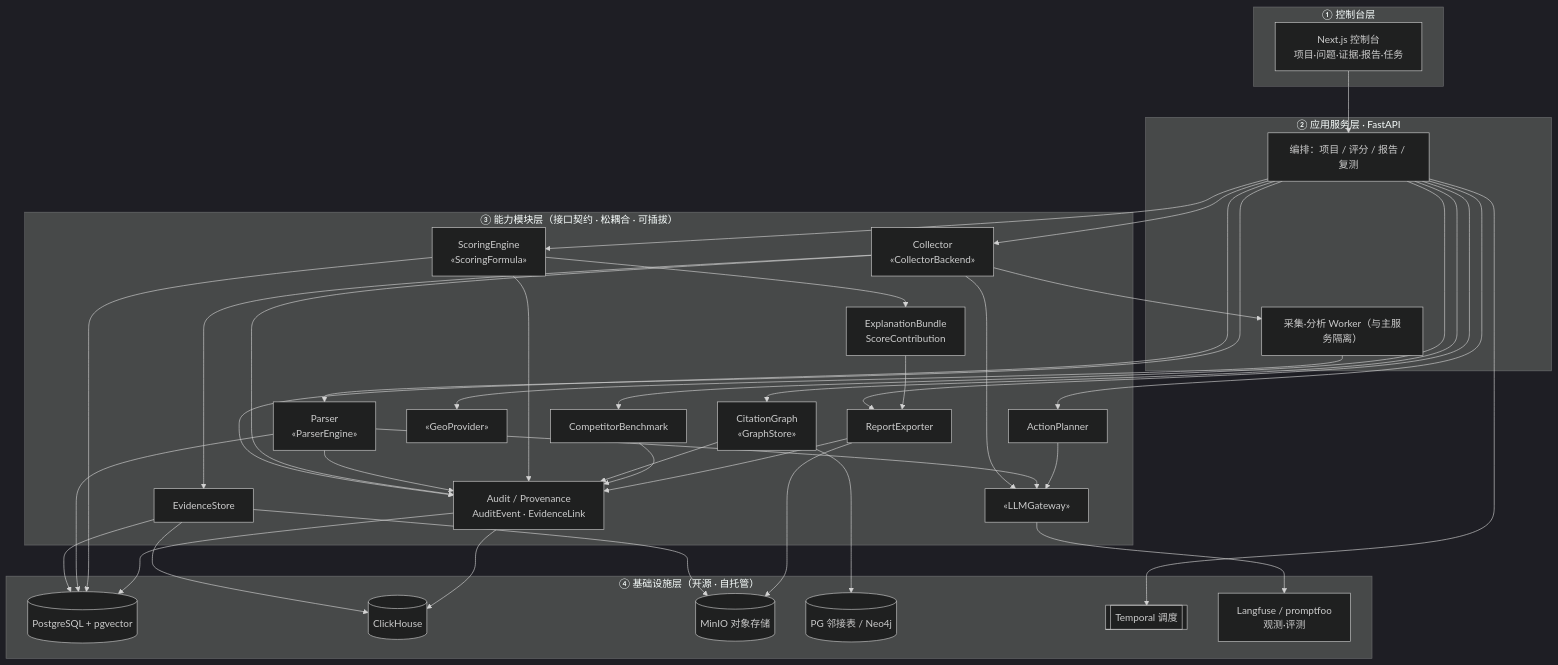
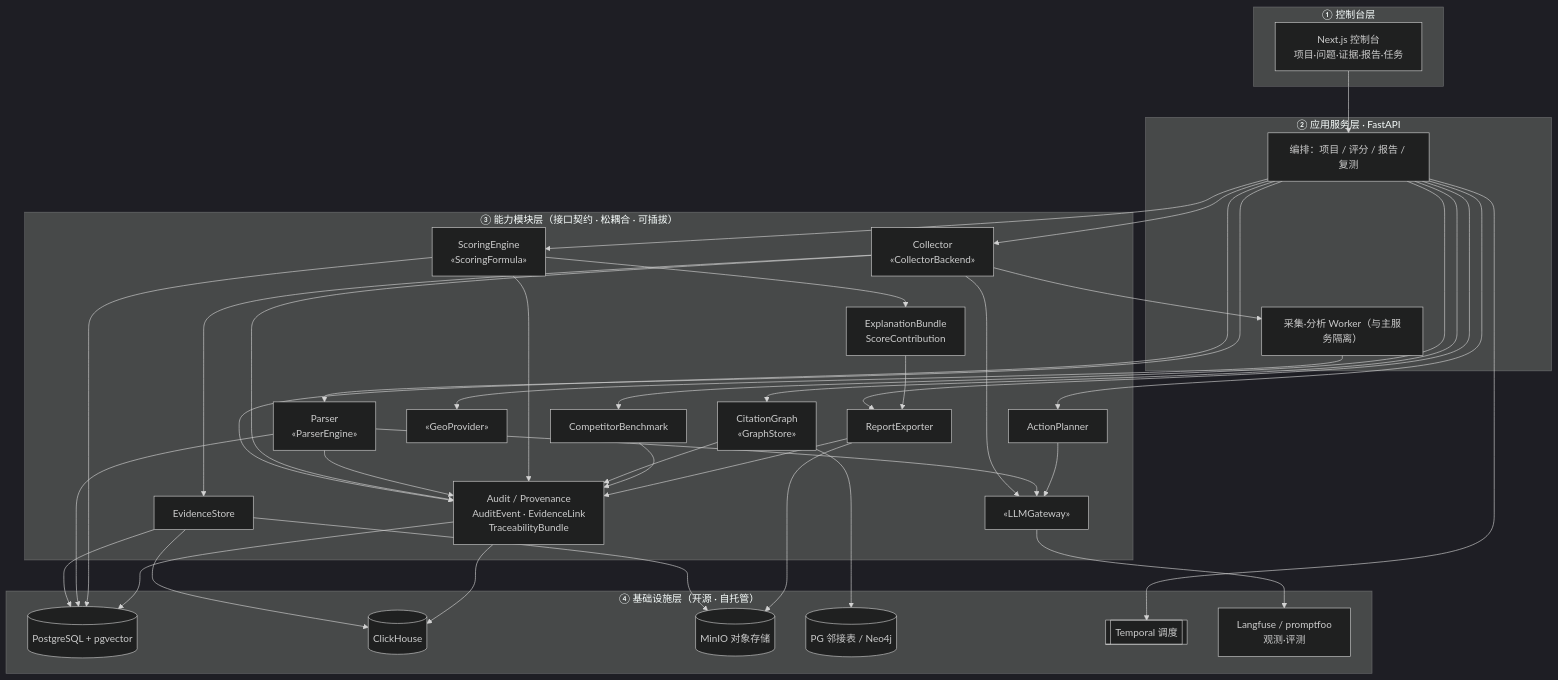
The first of 3 diagrams in ARCHITECTURE.md (priestess-bot/geo), drawn with Mermaid (dark theme) before and after one commit. The commit also changed other lines of this file and 12 other files, not shown here.

Commit message:
feat: add traceability bundle

````diff
--- a/ARCHITECTURE.md
+++ b/ARCHITECTURE.md
@@ -13,57 +13,57 @@
 ```mermaid
 flowchart TB
   subgraph L1["① 控制台层"]
     UI["Next.js 控制台<br/>项目·问题·证据·报告·任务"]
   end
   subgraph L2["② 应用服务层 · FastAPI"]
     ORCH["编排：项目 / 评分 / 报告 / 复测"]
     WRK["采集·分析 Worker（与主服务隔离）"]
   end
   subgraph L3["③ 能力模块层（接口契约 · 松耦合 · 可插拔）"]
     COL["Collector<br/>«CollectorBackend»"]
     EVI["EvidenceStore"]
     PAR["Parser<br/>«ParserEngine»"]
     SCO["ScoringEngine<br/>«ScoringFormula»"]
     EXP["ExplanationBundle<br/>ScoreContribution"]
     CIT["CitationGraph<br/>«GraphStore»"]
     BEN["CompetitorBenchmark"]
     ACT["ActionPlanner"]
     REP["ReportExporter"]
-    AUD["Audit / Provenance<br/>AuditEvent · EvidenceLink"]
+    AUD["Audit / Provenance<br/>AuditEvent · EvidenceLink<br/>TraceabilityBundle"]
     LLM["«LLMGateway»"]
     GEO["«GeoProvider»"]
   end
   subgraph L4["④ 基础设施层（开源 · 自托管）"]
     PG[("PostgreSQL + pgvector")]
     CH[("ClickHouse")]
     OBJ[("MinIO 对象存储")]
     GR[("PG 邻接表 / Neo4j")]
     TMP[["Temporal 调度"]]
     OBS["Langfuse / promptfoo<br/>观测·评测"]
   end
 
   UI --> ORCH
   ORCH --> COL & PAR & SCO & CIT & BEN & ACT & REP & AUD
   COL --> WRK
   WRK --> GEO
   COL --> EVI
   COL --> LLM
   PAR --> LLM
   ACT --> LLM
   EVI --> PG & OBJ & CH
   PAR --> PG
   SCO --> PG
   SCO --> EXP
   EXP --> REP
   CIT --> GR
   COL --> AUD
   PAR --> AUD
   SCO --> AUD
   CIT --> AUD
   BEN --> AUD
   REP --> AUD
   AUD --> PG & CH
   REP --> OBJ
   LLM --> OBS
   ORCH --> TMP
 ```
````
